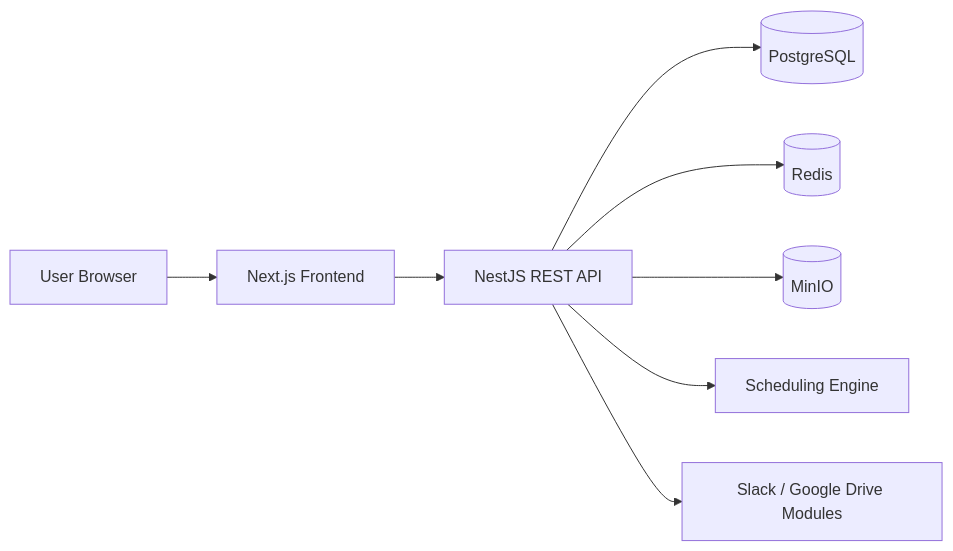
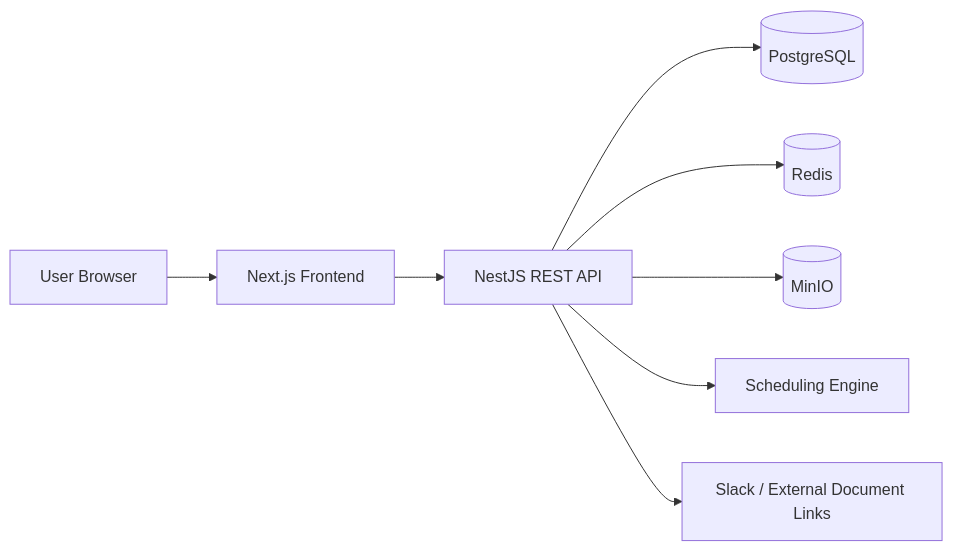
Before and after one commit to drraju/pm-platform: the first of 3 diagrams in docs/PM_PLATFORM_MASTER_GUIDE.md, drawn with Mermaid. The commit also changed other lines of this file and 95 other files, not shown here.

Commit message:
feat(documents): introduce provider-independent external document architecture

````diff
--- a/docs/PM_PLATFORM_MASTER_GUIDE.md
+++ b/docs/PM_PLATFORM_MASTER_GUIDE.md
@@ -26,10 +26,10 @@
 ```mermaid
 flowchart LR
   Browser[User Browser] --> Frontend[Next.js Frontend]
   Frontend --> API[NestJS REST API]
   API --> Postgres[(PostgreSQL)]
   API --> Redis[(Redis)]
   API --> MinIO[(MinIO)]
   API --> Scheduling[Scheduling Engine]
-  API --> Integrations[Slack / Google Drive Modules]
+  API --> Integrations[Slack / External Document Links]
 ```
````
